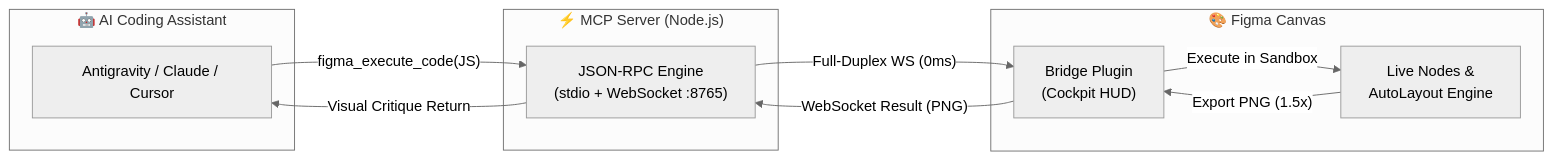
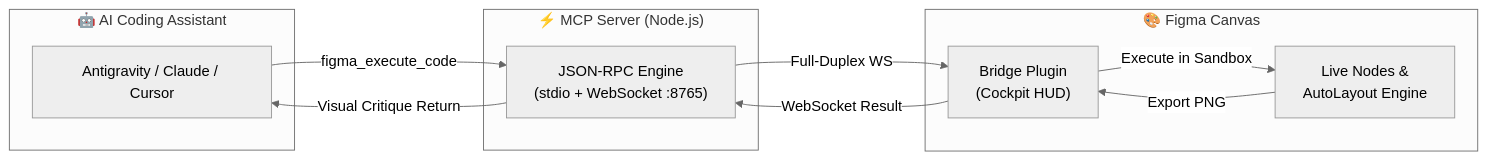
One commit to kolganovr/figma-mcp-bridge changed the diagram in README.md. Above: the diagram before and after it, drawn with Mermaid (neutral theme). The commit also changed 9 other files, not shown here.

````diff
--- a/README.md
+++ b/README.md
@@ -15,22 +15,22 @@
 ```mermaid
 flowchart LR
-    subgraph AI["🤖 AI Coding Assistant"]
+    subgraph AI ["🤖 AI Coding Assistant"]
         LLM["Antigravity / Claude / Cursor"]
     end
 
-    subgraph Bridge["⚡ MCP Server (Node.js)"]
-        Server["JSON-RPC Engine\n(stdio + WebSocket :8765)"]
+    subgraph Bridge ["⚡ MCP Server (Node.js)"]
+        Server["JSON-RPC Engine<br/>(stdio + WebSocket :8765)"]
     end
 
-    subgraph Figma["🎨 Figma Canvas"]
-        Plugin["Bridge Plugin\n(Cockpit HUD)"]
-        Canvas["Live Nodes &\nAutoLayout Engine"]
+    subgraph Figma ["🎨 Figma Canvas"]
+        Plugin["Bridge Plugin<br/>(Cockpit HUD)"]
+        Canvas["Live Nodes &<br/>AutoLayout Engine"]
     end
 
-    LLM -->|"figma_execute_code(JS)"| Server
-    Server -->|"Full-Duplex WS (0ms)"| Plugin
-    Plugin -->|"Execute in Sandbox"| Canvas
-    Canvas -->|"Export PNG (1.5x)"| Plugin
-    Plugin -->|"WebSocket Result (PNG)"| Server
-    Server -->|"Visual Critique Return"| LLM
+    LLM -->|figma_execute_code| Server
+    Server -->|Full-Duplex WS| Plugin
+    Plugin -->|Execute in Sandbox| Canvas
+    Canvas -->|Export PNG| Plugin
+    Plugin -->|WebSocket Result| Server
+    Server -->|Visual Critique Return| LLM
 ```
````
